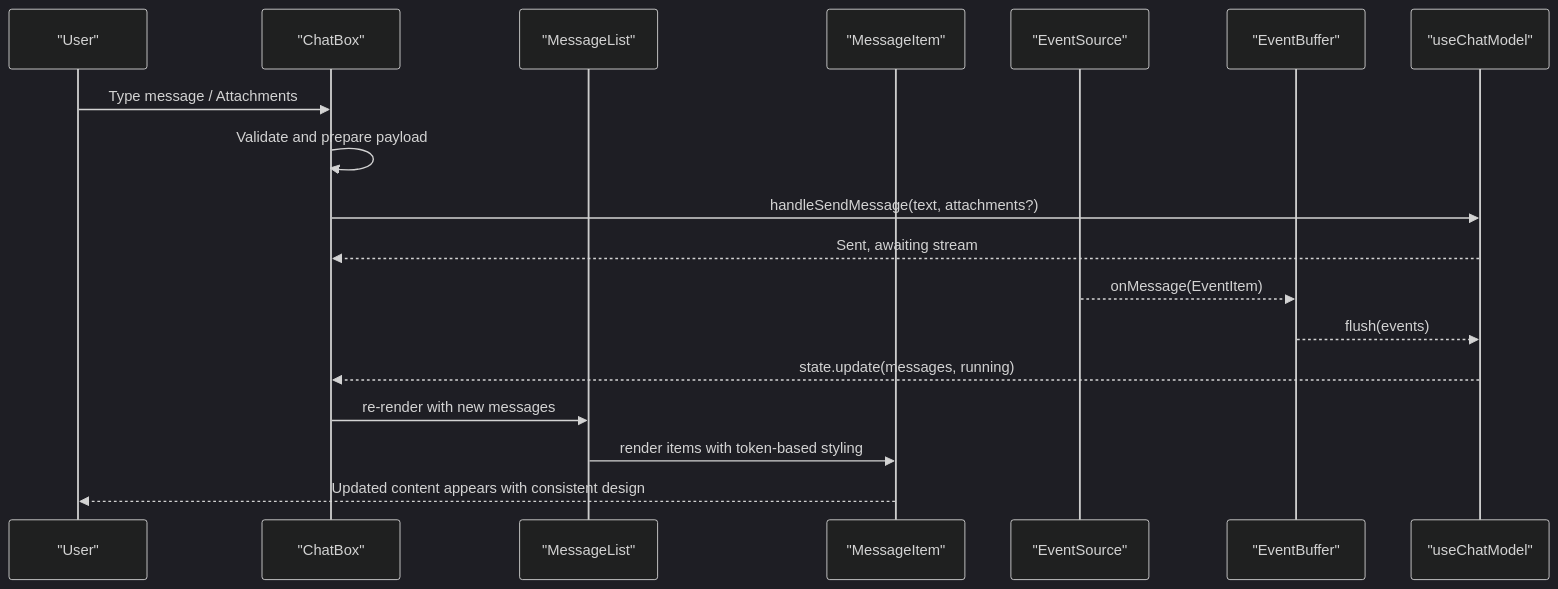
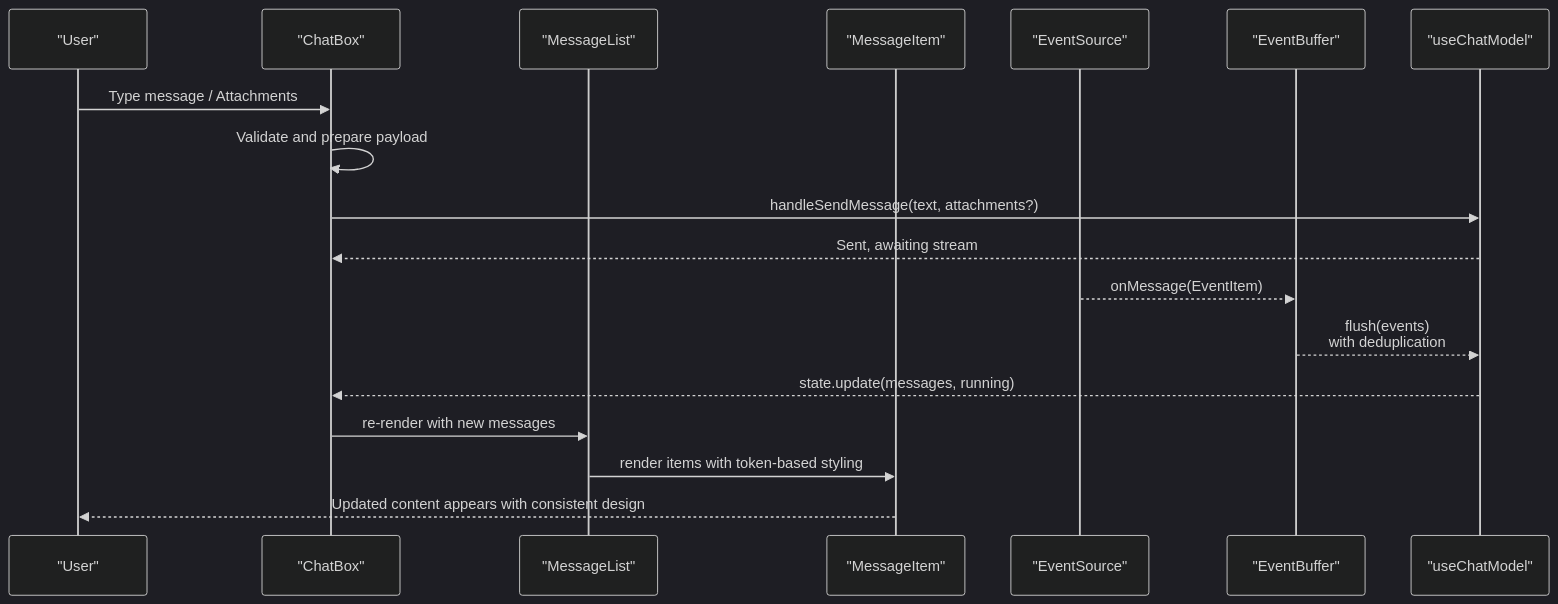
The fourth of 7 diagrams in .qoder/repowiki/en/content/Frontend Architecture/Frontend Architecture.md (alibaba/tron-one-agent), drawn with Mermaid (dark theme) before and after one commit. The commit also changed other lines of this file and 6 other files, not shown here.

````diff
--- a/.qoder/repowiki/en/content/Frontend Architecture/Frontend Architecture.md
+++ b/.qoder/repowiki/en/content/Frontend Architecture/Frontend Architecture.md
@@ -324,20 +408,20 @@
 ```mermaid
 sequenceDiagram
 participant U as "User"
 participant CB as "ChatBox"
 participant ML as "MessageList"
 participant MI as "MessageItem"
 participant ES as "EventSource"
 participant BUF as "EventBuffer"
 participant CM as "useChatModel"
 U->>CB : Type message / Attachments
 CB->>CB : Validate and prepare payload
 CB->>CM : handleSendMessage(text, attachments?)
 CM-->>CB : Sent, awaiting stream
 ES-->>BUF : onMessage(EventItem)
-BUF-->>CM : flush(events)
+BUF-->>CM : flush(events)<br/>with deduplication
 CM-->>CB : state.update(messages, running)
 CB->>ML : re-render with new messages
 ML->>MI : render items with token-based styling
 MI-->>U : Updated content appears with consistent design
 ```
````
